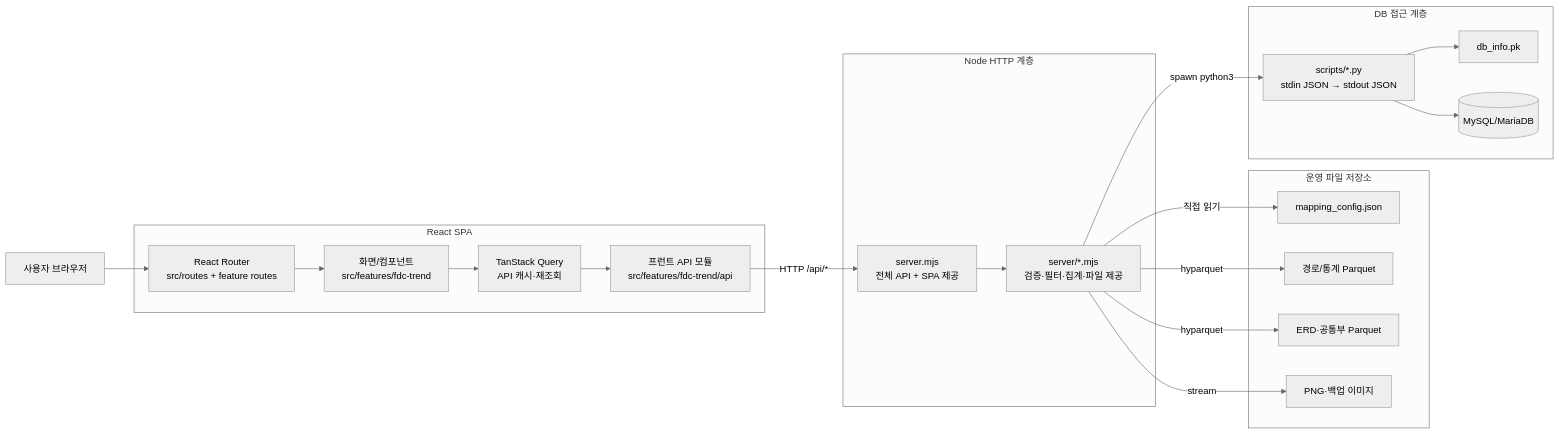
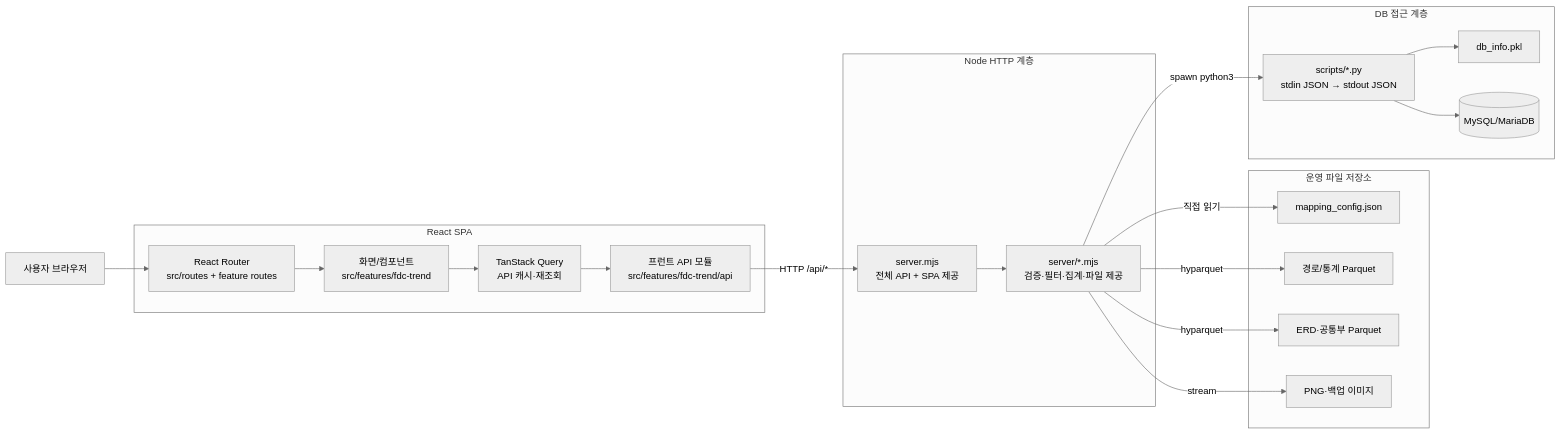
Before and after one commit to mlbarod/l0_spider_scs: the second of 12 diagrams in web_structure.md, drawn with Mermaid (neutral theme). The commit also changed other lines of this file and 33 other files, not shown here.

````diff
--- a/web_structure.md
+++ b/web_structure.md
@@ -85,41 +85,41 @@
 ```mermaid
 flowchart LR
     U["사용자 브라우저"]
 
     subgraph FE["React SPA"]
         ROUTER["React Router<br/>src/routes + feature routes"]
         PAGE["화면/컴포넌트<br/>src/features/fdc-trend"]
         QUERY["TanStack Query<br/>API 캐시·재조회"]
         API["프런트 API 모듈<br/>src/features/fdc-trend/api"]
         ROUTER --> PAGE --> QUERY --> API
     end
 
     subgraph NODE["Node HTTP 계층"]
         ENTRY["server.mjs<br/>전체 API + SPA 제공"]
         HANDLER["server/*.mjs<br/>검증·필터·집계·파일 제공"]
         ENTRY --> HANDLER
     end
 
     subgraph FILES["운영 파일 저장소"]
         MAP["mapping_config.json"]
         PATHS["경로/통계 Parquet"]
         ERD["ERD·공통부 Parquet"]
         IMG["PNG·백업 이미지"]
     end
 
     subgraph DBLAYER["DB 접근 계층"]
         PY["scripts/*.py<br/>stdin JSON → stdout JSON"]
-        CRED["db_info.pk"]
+        CRED["db_info.pkl"]
         MYSQL[("MySQL/MariaDB")]
         PY --> CRED
         PY --> MYSQL
     end
 
     U --> ROUTER
     API -->|HTTP /api/*| ENTRY
     HANDLER -->|직접 읽기| MAP
     HANDLER -->|hyparquet| PATHS
     HANDLER -->|hyparquet| ERD
     HANDLER -->|stream| IMG
     HANDLER -->|spawn python3| PY
 ```
````
